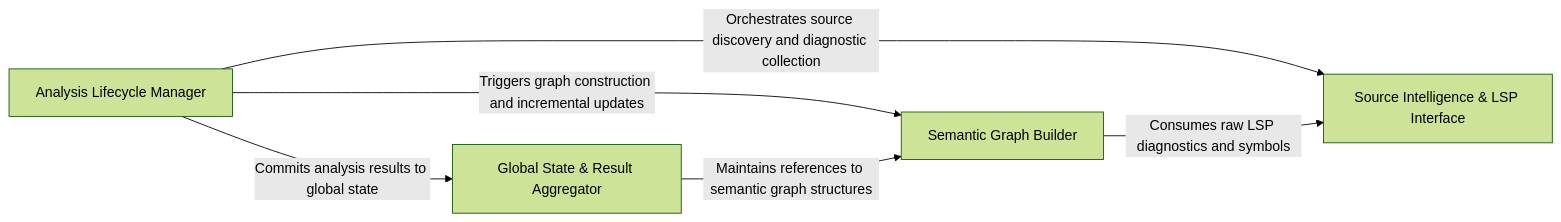
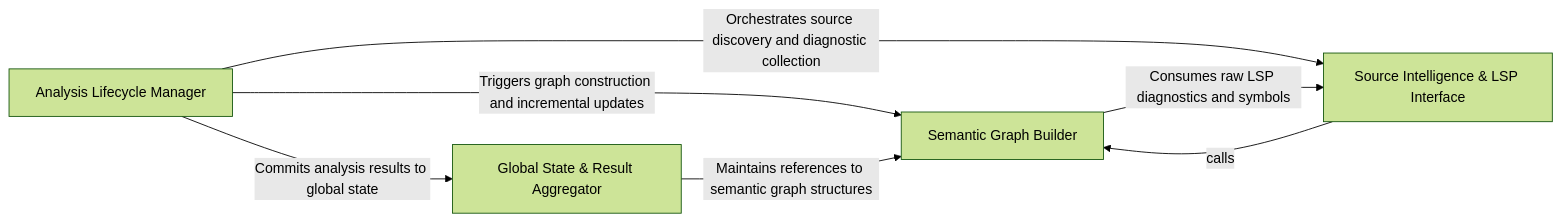
The diagram in .codeboarding/Analysis_Orchestrator.md (CodeBoarding/CodeBoarding), drawn with Mermaid (forest theme) before and after one commit. The commit also changed other lines of this file and 37 other files, not shown here.

Commit message:
chore(codeboarding): sync architecture baseline

````diff
--- a/.codeboarding/Analysis_Orchestrator.md
+++ b/.codeboarding/Analysis_Orchestrator.md
@@ -1,16 +1,17 @@
 ```mermaid
 graph LR
     Analysis_Lifecycle_Manager["Analysis Lifecycle Manager"]
     Source_Intelligence_LSP_Interface["Source Intelligence & LSP Interface"]
     Semantic_Graph_Builder["Semantic Graph Builder"]
     Global_State_Result_Aggregator["Global State & Result Aggregator"]
     Analysis_Lifecycle_Manager -- "Triggers graph construction and incremental updates" --> Semantic_Graph_Builder
     Analysis_Lifecycle_Manager -- "Orchestrates source discovery and diagnostic collection" --> Source_Intelligence_LSP_Interface
     Analysis_Lifecycle_Manager -- "Commits analysis results to global state" --> Global_State_Result_Aggregator
+    Source_Intelligence_LSP_Interface -- "calls" --> Semantic_Graph_Builder
     Semantic_Graph_Builder -- "Consumes raw LSP diagnostics and symbols" --> Source_Intelligence_LSP_Interface
     Global_State_Result_Aggregator -- "Maintains references to semantic graph structures" --> Semantic_Graph_Builder
     click Analysis_Lifecycle_Manager href "https://github.com/CodeBoarding/CodeBoarding/blob/main/.codeboarding/Analysis_Lifecycle_Manager.md" "Details"
     click Source_Intelligence_LSP_Interface href "https://github.com/CodeBoarding/CodeBoarding/blob/main/.codeboarding/Source_Intelligence_LSP_Interface.md" "Details"
     click Semantic_Graph_Builder href "https://github.com/CodeBoarding/CodeBoarding/blob/main/.codeboarding/Semantic_Graph_Builder.md" "Details"
     click Global_State_Result_Aggregator href "https://github.com/CodeBoarding/CodeBoarding/blob/main/.codeboarding/Global_State_Result_Aggregator.md" "Details"
 ```
````
